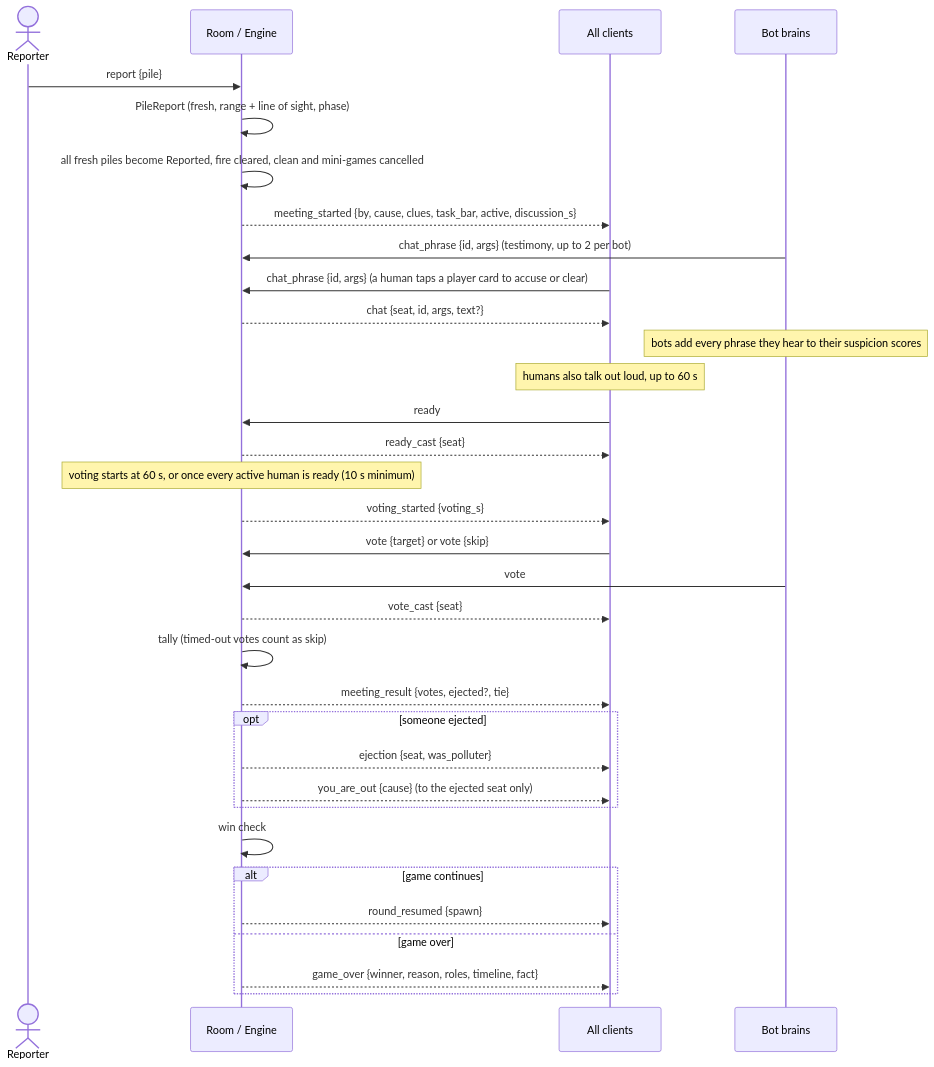
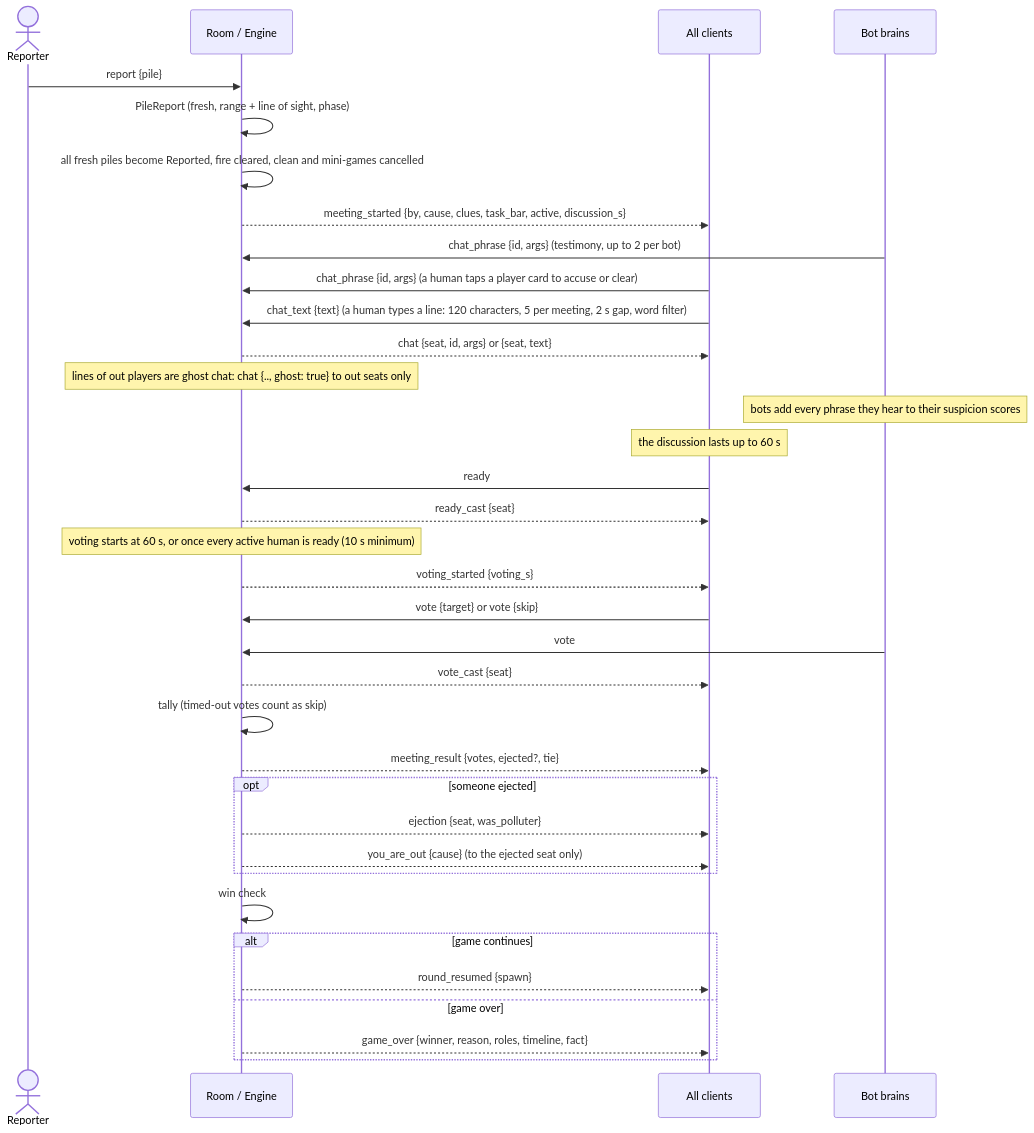
One commit to Faouzi-Blibech/EcoSus-Uncycled changed the seventh of 11 diagrams in docs/architecture/05-sequences.md. Above: the diagram before and after it, drawn with Mermaid. The commit also changed 18 other files, not shown here.

Commit message:
server: chat_text message, protocol 1, chat filter content

````diff
--- a/docs/architecture/05-sequences.md
+++ b/docs/architecture/05-sequences.md
@@ -148,35 +148,37 @@
 ```mermaid
 sequenceDiagram
     actor A as Reporter
     participant R as Room / Engine
     participant All as All clients
     participant B as Bot brains
     A->>R: report {pile}
     R->>R: PileReport (fresh, range + line of sight, phase)
     R->>R: all fresh piles become Reported, fire cleared, clean and mini-games cancelled
     R-->>All: meeting_started {by, cause, clues, task_bar, active, discussion_s}
     B->>R: chat_phrase {id, args} (testimony, up to 2 per bot)
     All->>R: chat_phrase {id, args} (a human taps a player card to accuse or clear)
-    R-->>All: chat {seat, id, args, text?}
+    All->>R: chat_text {text} (a human types a line: 120 characters, 5 per meeting, 2 s gap, word filter)
+    R-->>All: chat {seat, id, args} or {seat, text}
+    Note over R: lines of out players are ghost chat: chat {.., ghost: true} to out seats only
     Note over B: bots add every phrase they hear to their suspicion scores
-    Note over All: humans also talk out loud, up to 60 s
+    Note over All: the discussion lasts up to 60 s
     All->>R: ready
     R-->>All: ready_cast {seat}
     Note over R: voting starts at 60 s, or once every active human is ready (10 s minimum)
     R-->>All: voting_started {voting_s}
     All->>R: vote {target} or vote {skip}
     B->>R: vote
     R-->>All: vote_cast {seat}
     R->>R: tally (timed-out votes count as skip)
     R-->>All: meeting_result {votes, ejected?, tie}
     opt someone ejected
         R-->>All: ejection {seat, was_polluter}
         R-->>All: you_are_out {cause} (to the ejected seat only)
     end
     R->>R: win check
     alt game continues
         R-->>All: round_resumed {spawn}
     else game over
         R-->>All: game_over {winner, reason, roles, timeline, fact}
     end
 ```
````
